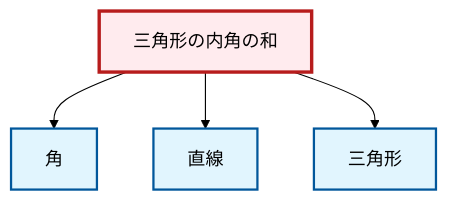
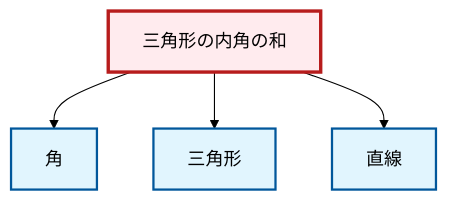
One commit to RK0429/ModernMath changed the diagram in output/mermaid/ja/thm-angle-sum-triangle.mermaid. Above: the diagram before and after it, drawn with Mermaid (forest theme). The commit also changed other lines of this file and 1710 other files, not shown here.

```diff
--- a/output/mermaid/ja/thm-angle-sum-triangle.mermaid
+++ b/output/mermaid/ja/thm-angle-sum-triangle.mermaid
@@ -1,14 +1,14 @@
 graph TD
     classDef definition fill:#e1f5fe,stroke:#01579b,stroke-width:2px
     classDef theorem fill:#f3e5f5,stroke:#4a148c,stroke-width:2px
     classDef axiom fill:#fff3e0,stroke:#e65100,stroke-width:2px
     classDef example fill:#e8f5e9,stroke:#1b5e20,stroke-width:2px
     classDef current fill:#ffebee,stroke:#b71c1c,stroke-width:3px
     def-triangle["三角形"]:::definition
     def-line["直線"]:::definition
+    thm-angle-sum-triangle["三角形の内角の和"]:::theorem
     def-angle["角"]:::definition
-    thm-angle-sum-triangle["三角形の内角の和"]:::theorem
     thm-angle-sum-triangle --> def-angle
+    thm-angle-sum-triangle --> def-triangle
     thm-angle-sum-triangle --> def-line
-    thm-angle-sum-triangle --> def-triangle
     class thm-angle-sum-triangle current
```
